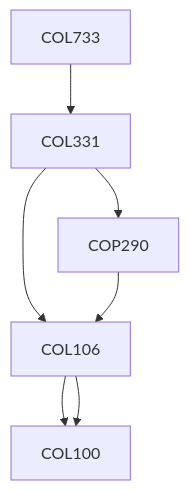
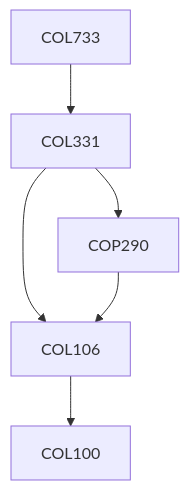
One commit to KeshavBansal0122/CoS_Website changed the diagram in content/Computer Science and Engineering/COL733.md. Above: the diagram before and after it, drawn with Mermaid. The commit also changed other lines of this file and 2667 other files, not shown here.

````diff
--- a/content/Computer Science and Engineering/COL733.md
+++ b/content/Computer Science and Engineering/COL733.md
@@ -15,9 +13,12 @@
 ```mermaid
-graph TD
-COL733 --> COL331
-COL331 --> COL106
-COL106 --> COL100
-COL331 --> COP290
-COP290 --> COL106
-COL106 --> COL100
+flowchart TD
+COL733-206[COL733]
+COL331-206 --> COL106-206[COL106]
+COP290-206 --> COL106-206[COL106]
+COL331-206 --> COP290-206[COP290]
+COL106-206 --> COL100-206[COL100]
+COL733-206 --> COL331-206[COL331]
+
+classDef empty height:17px, fill:transparent, stroke:transparent;
+classDef trueEmpty height:0px, width:0px;
 ```
````
